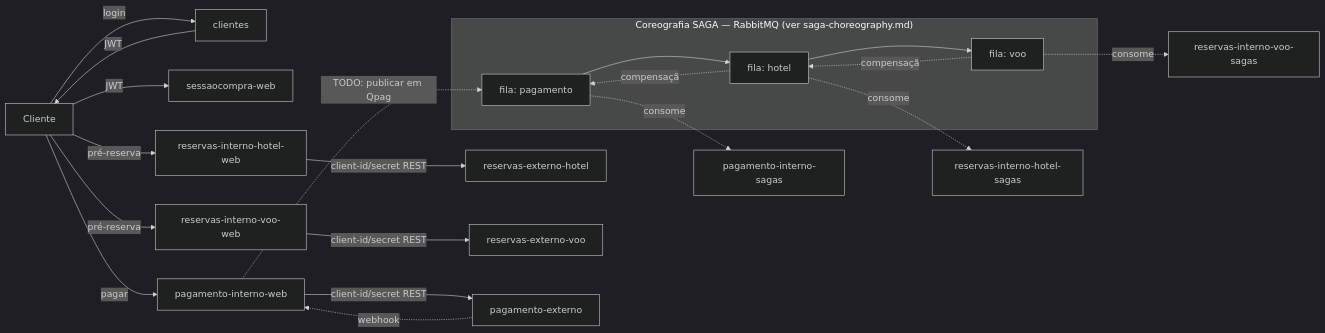
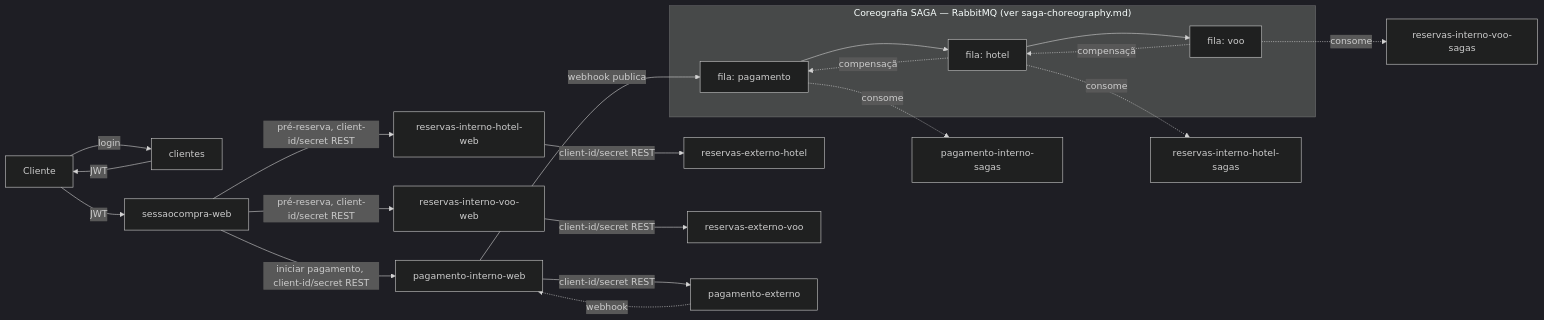
One commit to EdyKnopfler/estudo-arquitetura-monorepo changed the diagram in docs/architecture-overview.md. Above: the diagram before and after it, drawn with Mermaid (dark theme). The commit also changed other lines of this file and 15 other files, not shown here.

````diff
--- a/docs/architecture-overview.md
+++ b/docs/architecture-overview.md
@@ -47,25 +47,25 @@
 ```mermaid
 flowchart LR
   C[Cliente] -->|login| clientes
   clientes -->|JWT| C
   C -->|JWT| sessaocompra-web
-  C -->|pré-reserva| reservas-interno-hotel-web
-  C -->|pré-reserva| reservas-interno-voo-web
+  sessaocompra-web -->|pré-reserva, client-id/secret REST| reservas-interno-hotel-web
+  sessaocompra-web -->|pré-reserva, client-id/secret REST| reservas-interno-voo-web
   reservas-interno-hotel-web -->|client-id/secret REST| reservas-externo-hotel
   reservas-interno-voo-web -->|client-id/secret REST| reservas-externo-voo
-  C -->|pagar| pagamento-interno-web
+  sessaocompra-web -->|iniciar pagamento, client-id/secret REST| pagamento-interno-web
   pagamento-interno-web -->|client-id/secret REST| pagamento-externo
   pagamento-externo -.webhook.-> pagamento-interno-web
 
   subgraph SAGA["Coreografia SAGA — RabbitMQ (ver saga-choreography.md)"]
     Qpag[fila: pagamento] --> Qhotel[fila: hotel]
     Qhotel --> Qvoo[fila: voo]
     Qvoo -.compensação.-> Qhotel
     Qhotel -.compensação.-> Qpag
   end
 
-  pagamento-interno-web -.TODO: publicar em Qpag.-> Qpag
+  pagamento-interno-web -->|webhook publica| Qpag
   Qpag -.consome.-> pagamento-interno-sagas
   Qhotel -.consome.-> reservas-interno-hotel-sagas
   Qvoo -.consome.-> reservas-interno-voo-sagas
 ```
````
